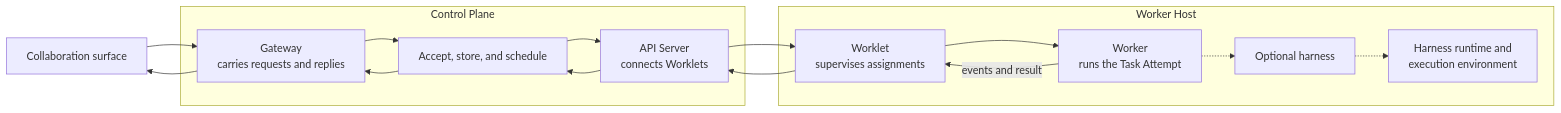
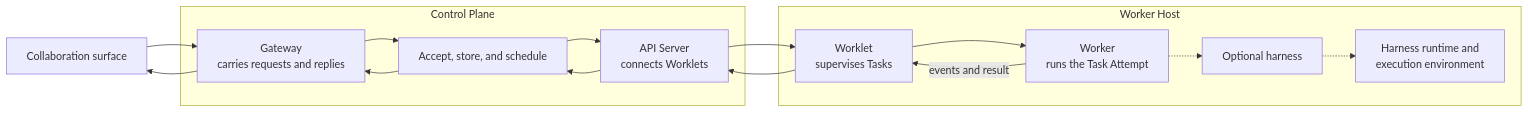
One commit to atemaguer/supertag changed the diagram in docs/concepts/workers.md. Above: the diagram before and after it, drawn with Mermaid. The commit also changed other lines of this file and 69 other files, not shown here.

````diff
--- a/docs/concepts/workers.md
+++ b/docs/concepts/workers.md
@@ -29,23 +29,23 @@
 ```mermaid
 flowchart LR
     Surface["Collaboration surface"]
 
     subgraph ControlPlane["Control Plane"]
         Gateway["Gateway<br/>carries requests and replies"]
         Scheduler["Accept, store, and schedule"]
         API["API Server<br/>connects Worklets"]
     end
 
     subgraph Host["Worker Host"]
-        Worklet["Worklet<br/>supervises assignments"]
+        Worklet["Worklet<br/>supervises Tasks"]
         Worker["Worker<br/>runs the Task Attempt"]
         Harness["Optional harness"]
         Environments["Harness runtime and<br/>execution environment"]
     end
 
     Surface --> Gateway --> Scheduler --> API
     API --> Worklet --> Worker
     Worker -.-> Harness -.-> Environments
     Worker -->|"events and result"| Worklet
     Worklet --> API --> Scheduler --> Gateway --> Surface
 ```
````
